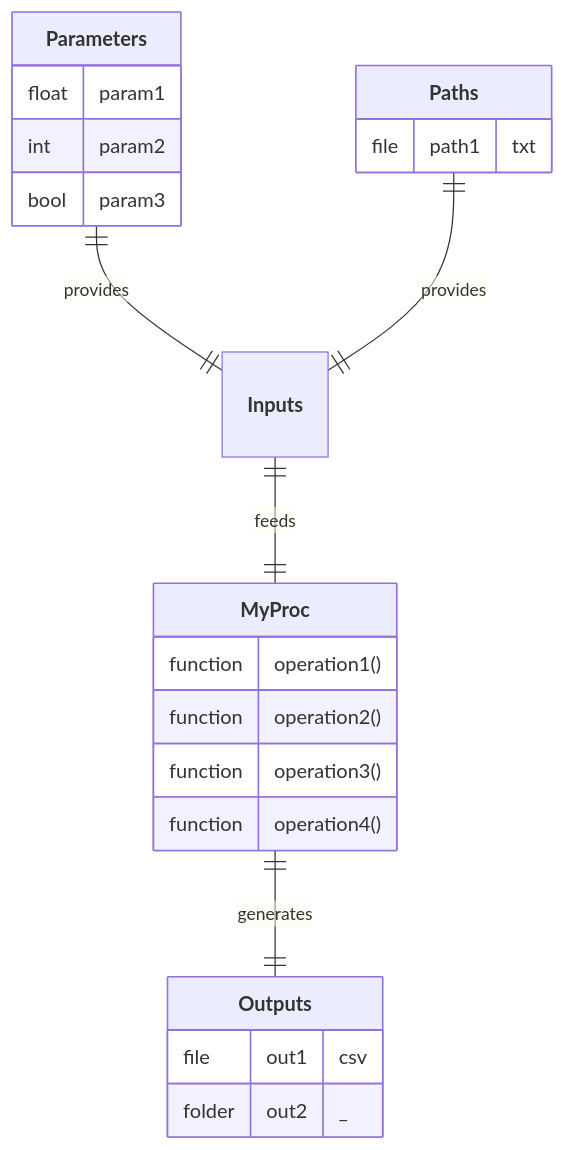
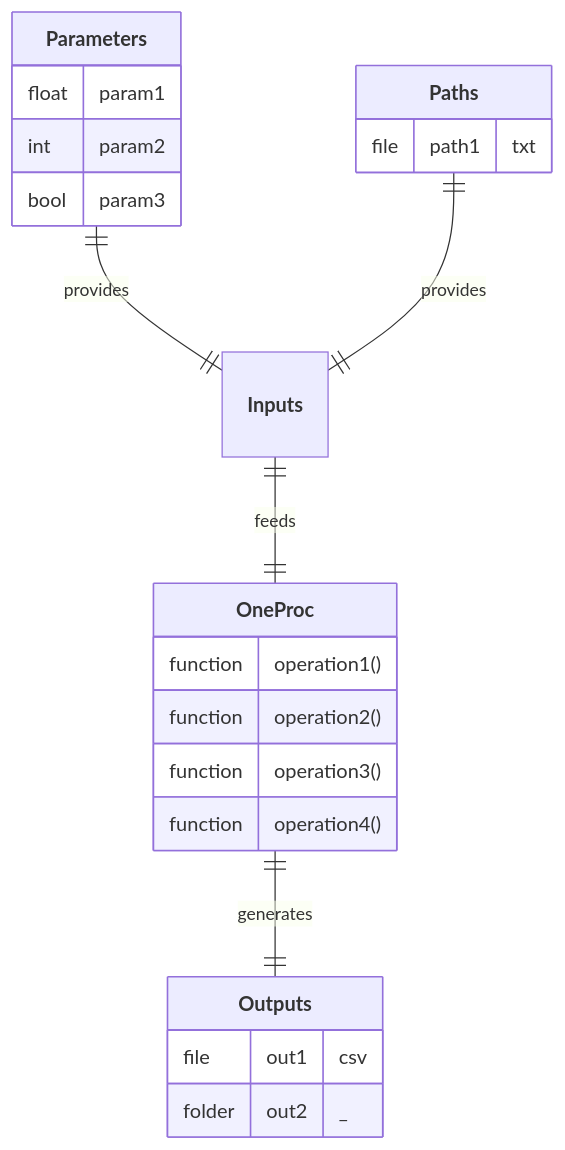
The third of 17 diagrams in README.md (nuremics/nuremics), drawn with Mermaid before and after one commit. The commit also changed other lines of this file, not shown here.

````diff
--- a/README.md
+++ b/README.md
@@ -122,26 +122,26 @@
 ```mermaid
 erDiagram
   **Parameters** ||--|| **Inputs** : provides
   **Paths** ||--|| **Inputs** : provides
-  **Inputs** ||--|| **MyProc** : feeds
-  **MyProc** ||--|| **Outputs** : generates
+  **Inputs** ||--|| **OneProc** : feeds
+  **OneProc** ||--|| **Outputs** : generates
 
   **Parameters** {
     float param1
     int param2
     bool param3
   }
   **Paths** {
     file path1 "txt"
   }
-  **MyProc** {
+  **OneProc** {
     function operation1()
     function operation2()
     function operation3()
     function operation4()
   }
   **Outputs** {
     file out1 "csv"
     folder out2 "_"
   }
 ```
````
